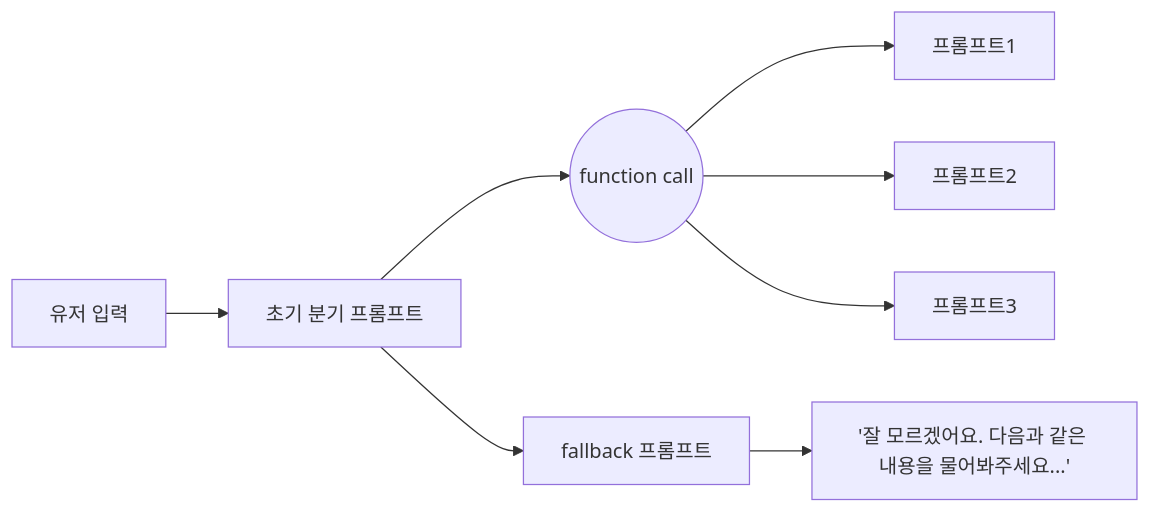
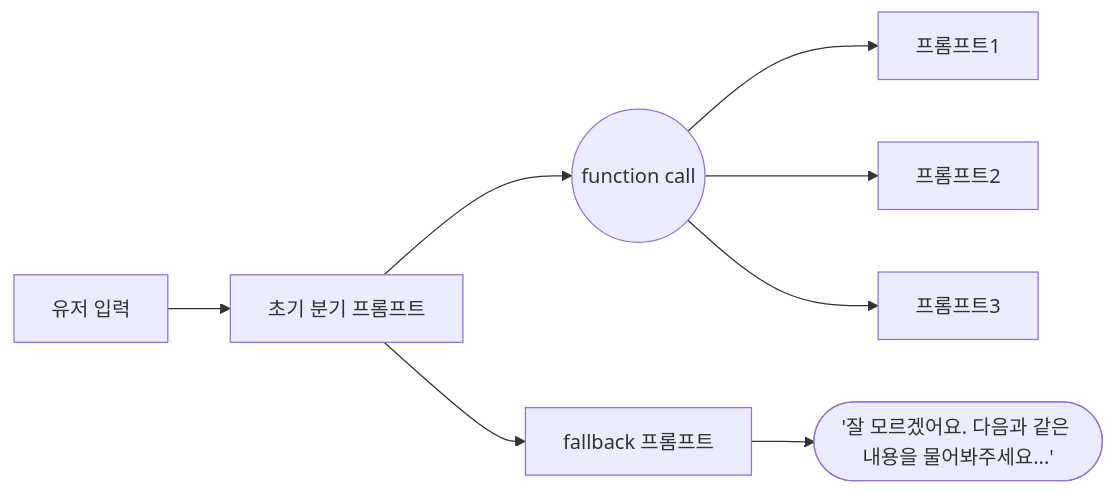
The diagram in README.md (deflatedlatte/mermaid-test), drawn with Mermaid before and after one commit.

Commit message:
oaiwehfeaowpifhawepofihaweop

````diff
--- a/README.md
+++ b/README.md
@@ -3,18 +3,18 @@
 ```mermaid
     flowchart LR
         id1["유저 입력"]
         id2["초기 분기 프롬프트"]
         id8(("function call"))
         id3["프롬프트1"]
         id4["프롬프트2"]
         id5["프롬프트3"]
         id6["fallback 프롬프트"]
-        id7["'잘 모르겠어요. 다음과 같은 내용을 물어봐주세요...'"]
+        id7(["'잘 모르겠어요. 다음과 같은 내용을 물어봐주세요...'"])
         id1 --> id2
         id2 --> id8
         id8 --> id3
         id8 --> id4
         id8 --> id5
         id2 --> id6
         id6 --> id7
 ```
````
